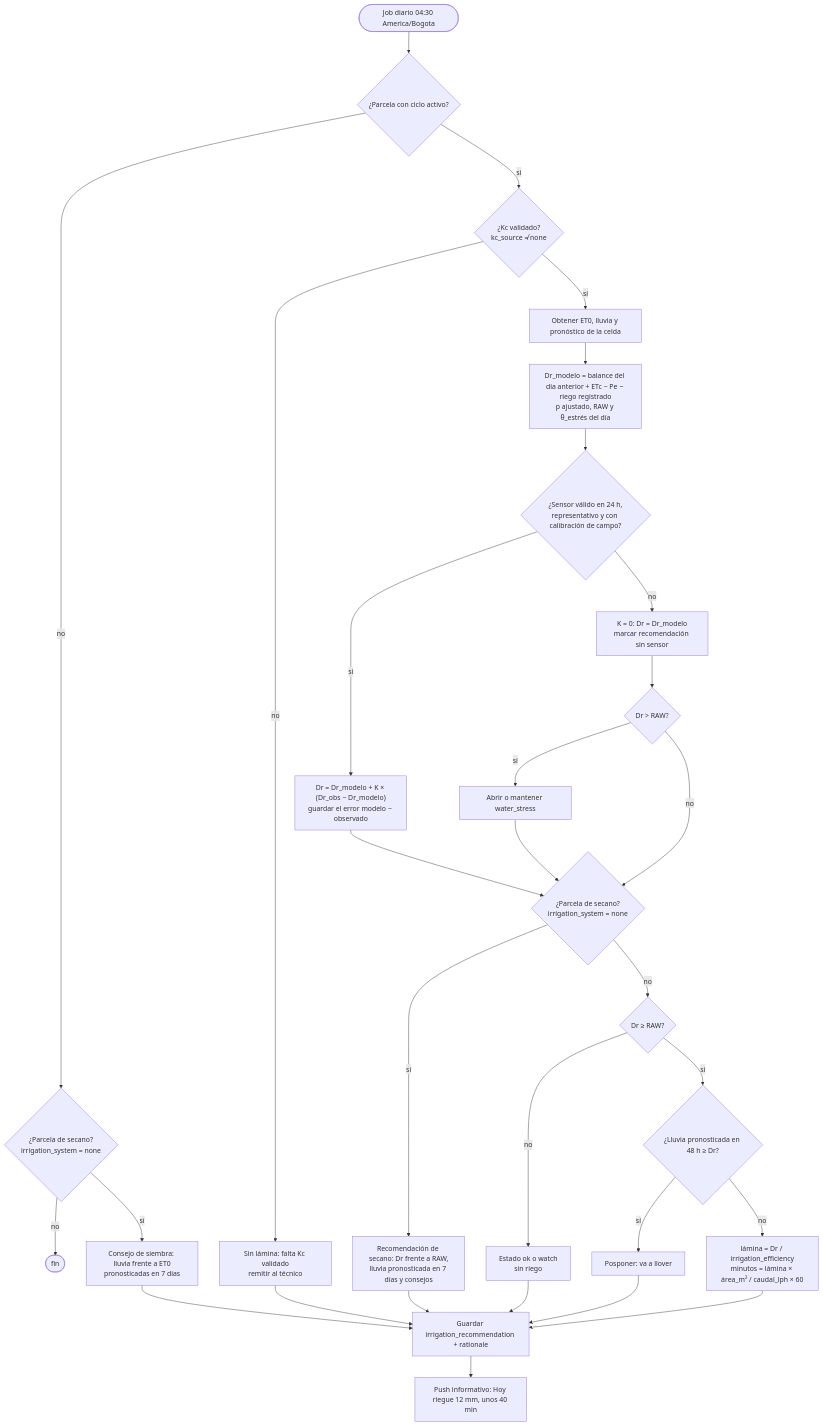
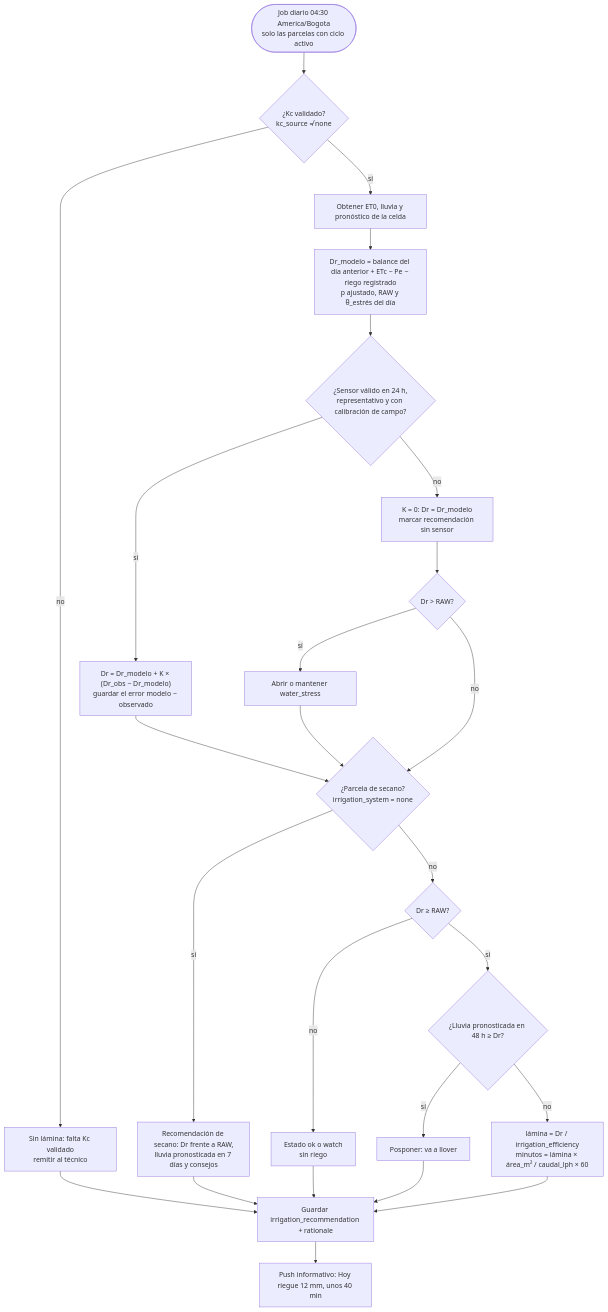
The fifth of 9 diagrams in docs/06-diseno-detallado.md (jab16jy/techcamp-v2), drawn with Mermaid before and after one commit. The commit also changed other lines of this file and 4 other files, not shown here.

````diff
--- a/docs/06-diseno-detallado.md
+++ b/docs/06-diseno-detallado.md
@@ -210,32 +210,27 @@
 ```mermaid
 flowchart TD
-  start([Job diario 04:30 America/Bogota]) --> cyc{¿Parcela con ciclo activo?}
-  cyc -- no --> pre{¿Parcela de secano?<br/>irrigation_system = none}
-  pre -- no --> fin([fin])
-  pre -- sí --> sow[Consejo de siembra: lluvia frente a ET0<br/>pronosticadas en 7 días]
-  cyc -- sí --> kc{¿Kc validado?<br/>kc_source ≠ none}
+  start([Job diario 04:30 America/Bogota<br/>solo las parcelas con ciclo activo]) --> kc{¿Kc validado?<br/>kc_source ≠ none}
   kc -- no --> nokc[Sin lámina: falta Kc validado<br/>remitir al técnico]
   kc -- sí --> et[Obtener ET0, lluvia y pronóstico de la celda]
   et --> bal[Dr_modelo = balance del día anterior + ETc − Pe − riego registrado<br/>p ajustado, RAW y θ_estrés del día]
   bal --> obs{¿Sensor válido en 24 h,<br/>representativo y con calibración de campo?}
   obs -- sí --> asm["Dr = Dr_modelo + K × (Dr_obs − Dr_modelo)<br/>guardar el error modelo − observado"]
   obs -- no --> keep[K = 0: Dr = Dr_modelo<br/>marcar recomendación sin sensor]
   keep --> ws{Dr > RAW?}
   ws -- sí --> wsa[Abrir o mantener water_stress]
   ws -- no --> sys
   wsa --> sys
   asm --> sys{¿Parcela de secano?<br/>irrigation_system = none}
   sys -- sí --> rf[Recomendación de secano: Dr frente a RAW,<br/>lluvia pronosticada en 7 días y consejos]
   sys -- no --> dec{Dr ≥ RAW?}
   dec -- no --> ok[Estado ok o watch<br/>sin riego]
   dec -- sí --> rain{¿Lluvia pronosticada en 48 h ≥ Dr?}
   rain -- sí --> wait[Posponer: va a llover]
   rain -- no --> rec[lámina = Dr / irrigation_efficiency<br/>minutos = lámina × área_m² / caudal_lph × 60]
   rec --> save[Guardar irrigation_recommendation + rationale]
   ok --> save
   wait --> save
   nokc --> save
   rf --> save
-  sow --> save
   save --> notif[Push informativo: Hoy riegue 12 mm, unos 40 min]
 ```
````
